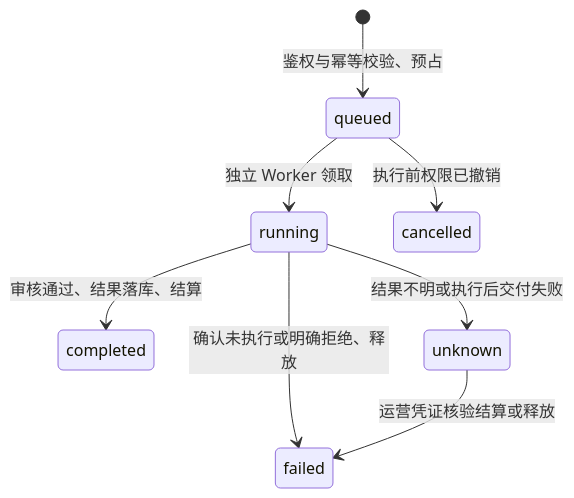
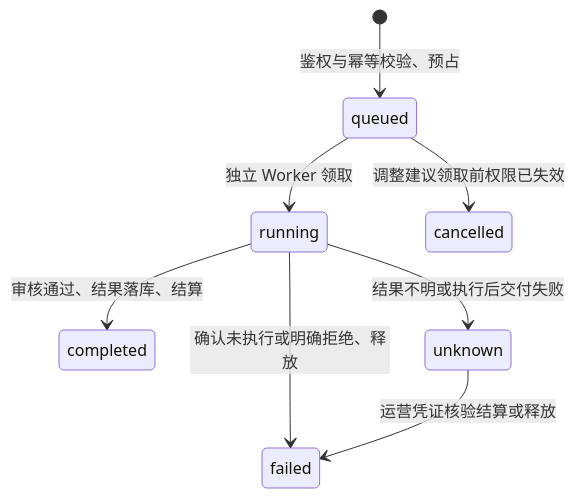
The second of 2 diagrams in docs/DESIGN.md (hxjyaohaohaode/AI-xiutu), drawn with Mermaid before and after one commit. The commit also changed other lines of this file and 101 other files, not shown here.

````diff
--- a/docs/DESIGN.md
+++ b/docs/DESIGN.md
@@ -123,10 +135,10 @@
 ```mermaid
 stateDiagram-v2
     [*] --> queued: 鉴权与幂等校验、预占
     queued --> running: 独立 Worker 领取
     running --> completed: 审核通过、结果落库、结算
     running --> failed: 确认未执行或明确拒绝、释放
     running --> unknown: 结果不明或执行后交付失败
     unknown --> failed: 运营凭证核验结算或释放
-    queued --> cancelled: 执行前权限已撤销
+    queued --> cancelled: 调整建议领取前权限已失效
 ```
````
